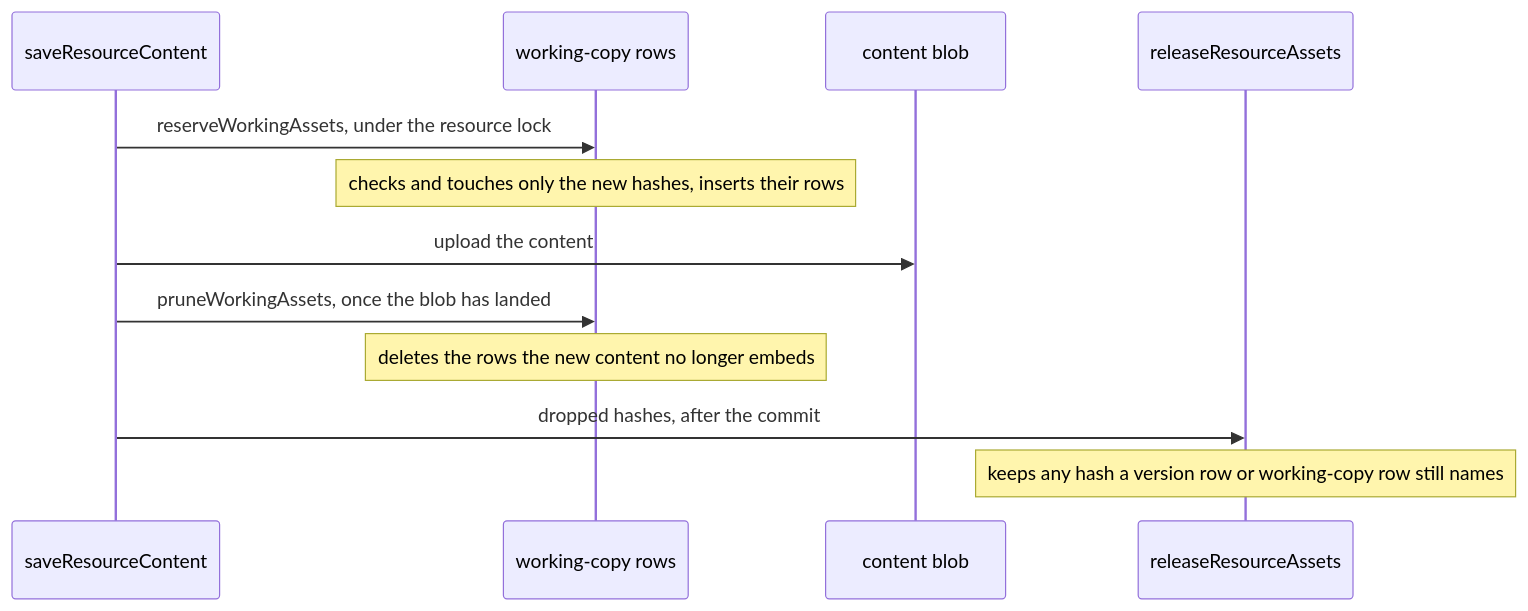
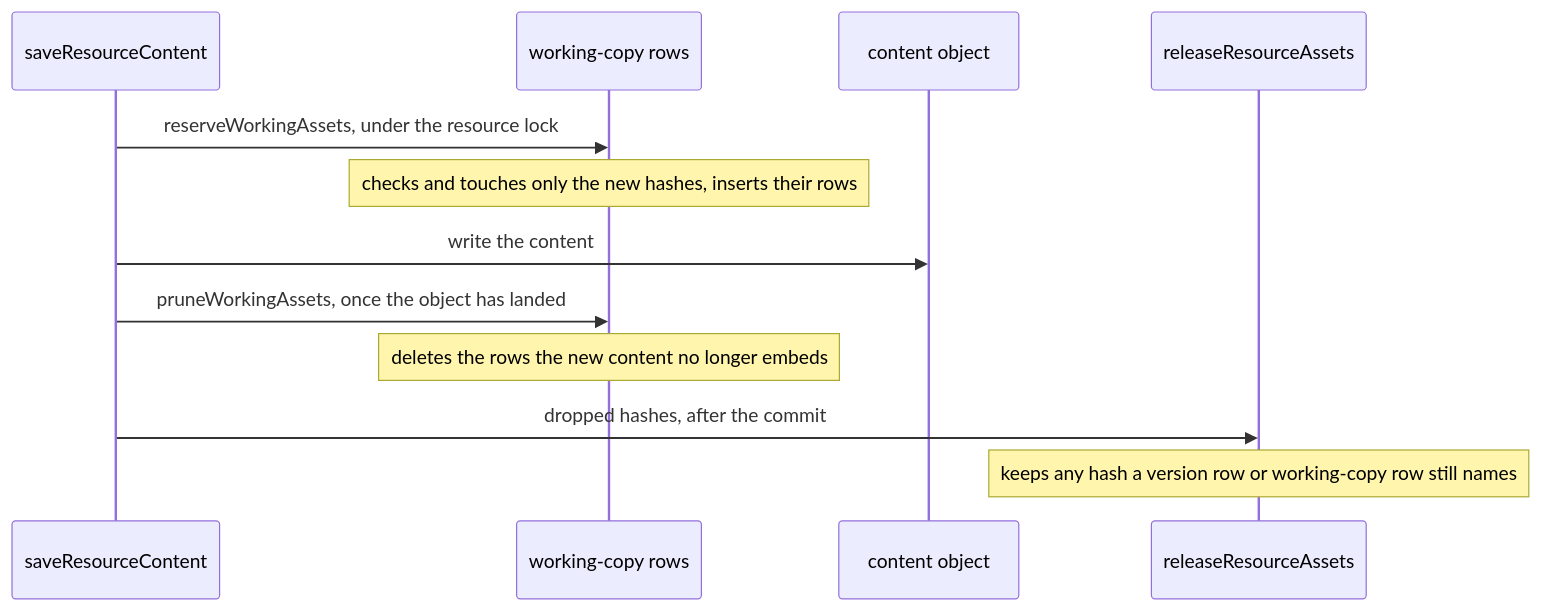
One commit to Esposter/Esposter changed the third of 3 diagrams in openspec/specs/resource/content-addressed-assets/design.md. Above: the diagram before and after it, drawn with Mermaid. The commit also changed other lines of this file and 5 other files, not shown here.

````diff
--- a/openspec/specs/resource/content-addressed-assets/design.md
+++ b/openspec/specs/resource/content-addressed-assets/design.md
@@ -44,14 +44,14 @@
 ```mermaid
 sequenceDiagram
   participant Save as saveResourceContent
   participant Rows as working-copy rows
-  participant Blob as content blob
+  participant Obj as content object
   participant Release as releaseResourceAssets
   Save->>Rows: reserveWorkingAssets, under the resource lock
   Note over Rows: checks and touches only the new hashes, inserts their rows
-  Save->>Blob: upload the content
-  Save->>Rows: pruneWorkingAssets, once the blob has landed
+  Save->>Obj: write the content
+  Save->>Rows: pruneWorkingAssets, once the object has landed
   Note over Rows: deletes the rows the new content no longer embeds
   Save->>Release: dropped hashes, after the commit
   Note over Release: keeps any hash a version row or working-copy row still names
 ```
````
